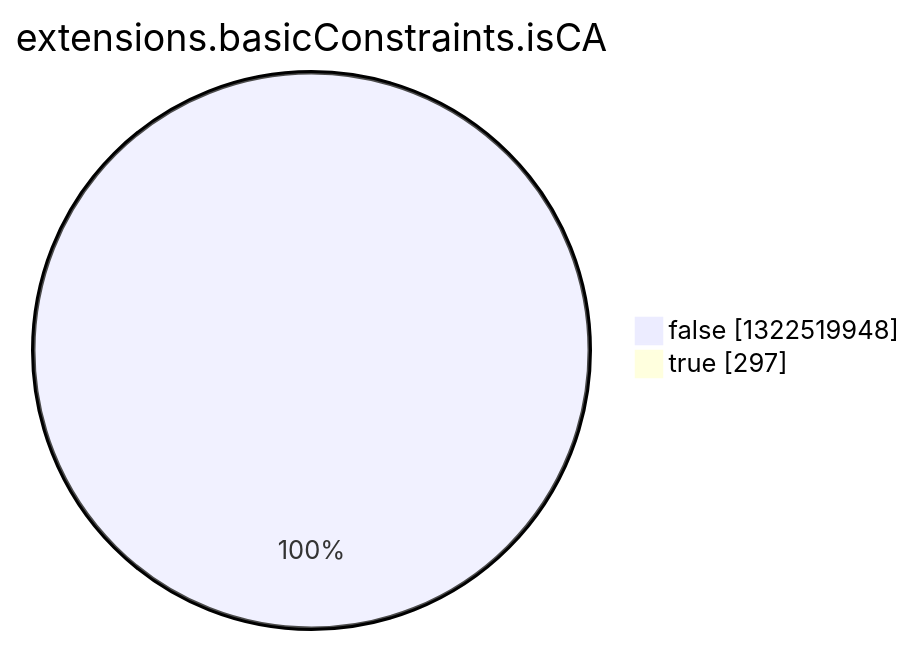
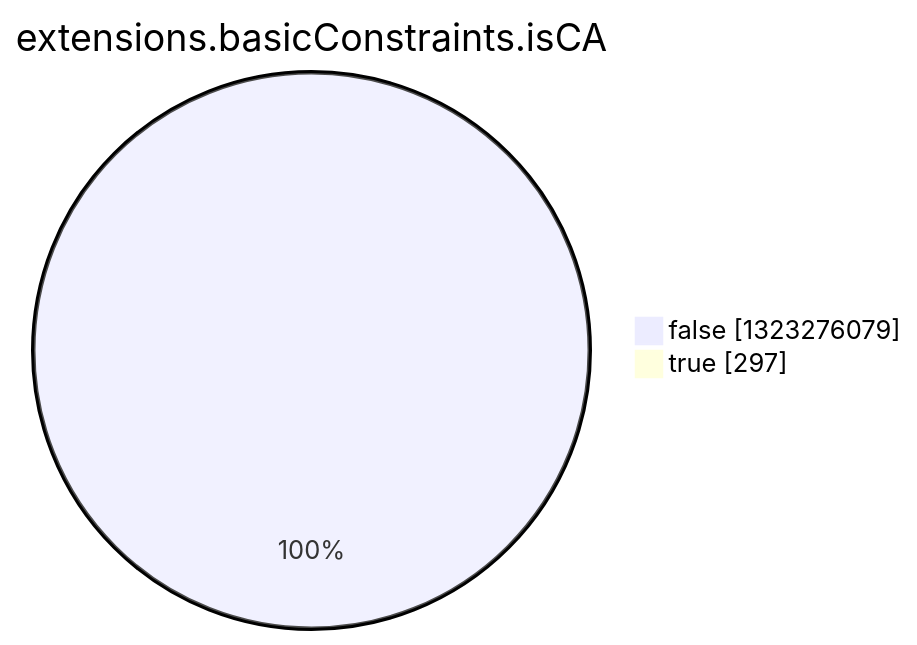
One commit to christiankrug/ctmonitor_visualization changed the eighth of 15 diagrams in argon2022/README.md. Above: the diagram before and after it, drawn with Mermaid. The commit also changed other lines of this file, not shown here.

````diff
--- a/argon2022/README.md
+++ b/argon2022/README.md
@@ -2758,6 +2758,6 @@
 ```mermaid
 pie showData
 title extensions.basicConstraints.isCA
-"false" :1322519948
+"false" :1323276079
 "true" :297
 ```
````
